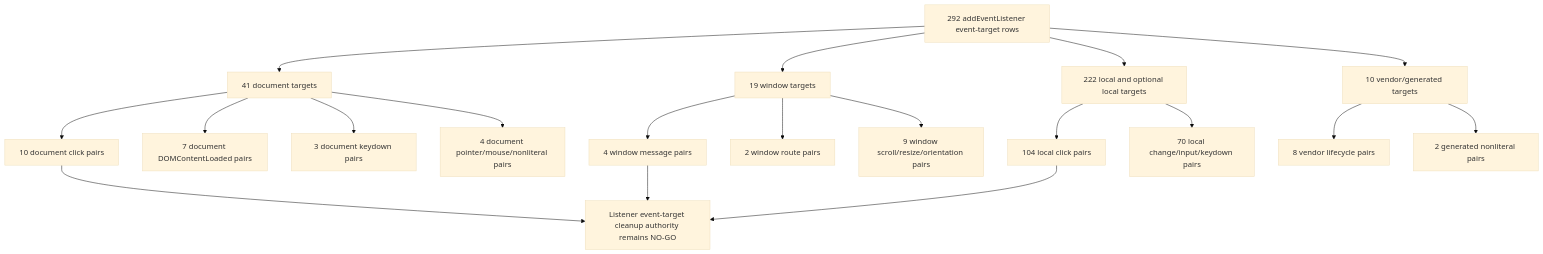
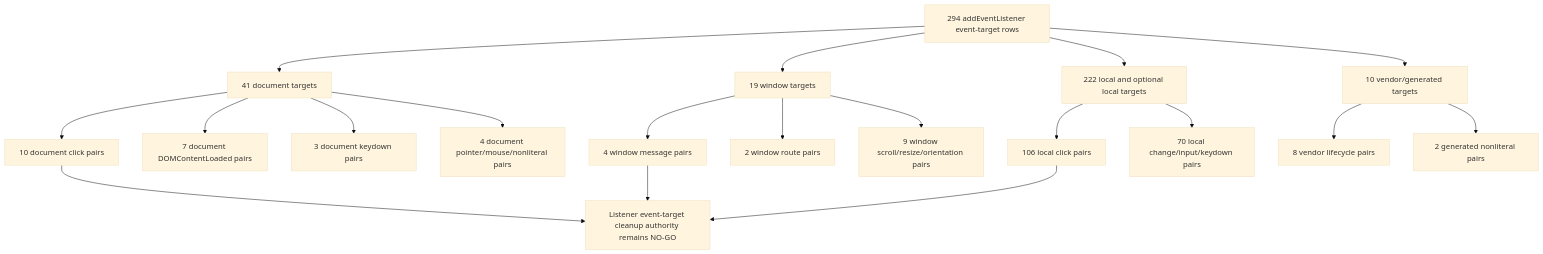
One commit to varshneydevansh/FilterTube changed the fifth of 47 diagrams in docs/audit/FILTERTUBE_LIFECYCLE_INSTANCE_REGISTER_2026-05-18.md. Above: the diagram before and after it, drawn with Mermaid (base theme). The commit also changed other lines of this file and 619 other files, not shown here.

````diff
--- a/docs/audit/FILTERTUBE_LIFECYCLE_INSTANCE_REGISTER_2026-05-18.md
+++ b/docs/audit/FILTERTUBE_LIFECYCLE_INSTANCE_REGISTER_2026-05-18.md
@@ -445,21 +445,21 @@
 ```mermaid
 flowchart TD
-  A["292 addEventListener event-target rows"] --> B["41 document targets"]
+  A["294 addEventListener event-target rows"] --> B["41 document targets"]
   A --> C["19 window targets"]
   A --> D["222 local and optional local targets"]
   A --> E["10 vendor/generated targets"]
   B --> F["10 document click pairs"]
   B --> G["7 document DOMContentLoaded pairs"]
   B --> H["3 document keydown pairs"]
   B --> I["4 document pointer/mouse/nonliteral pairs"]
   C --> J["4 window message pairs"]
   C --> K["2 window route pairs"]
   C --> L["9 window scroll/resize/orientation pairs"]
-  D --> M["104 local click pairs"]
+  D --> M["106 local click pairs"]
   D --> N["70 local change/input/keydown pairs"]
   E --> O["8 vendor lifecycle pairs"]
   E --> P["2 generated nonliteral pairs"]
   F --> Q["Listener event-target cleanup authority remains NO-GO"]
   J --> Q
   M --> Q
 ```
````
